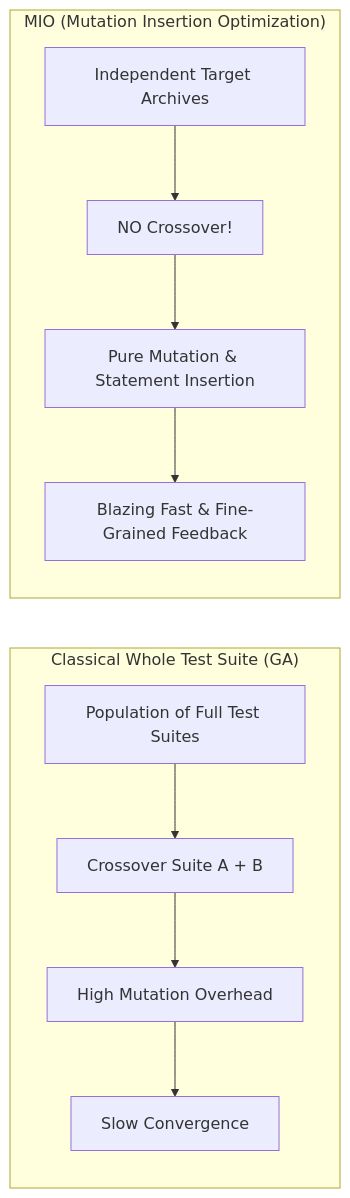
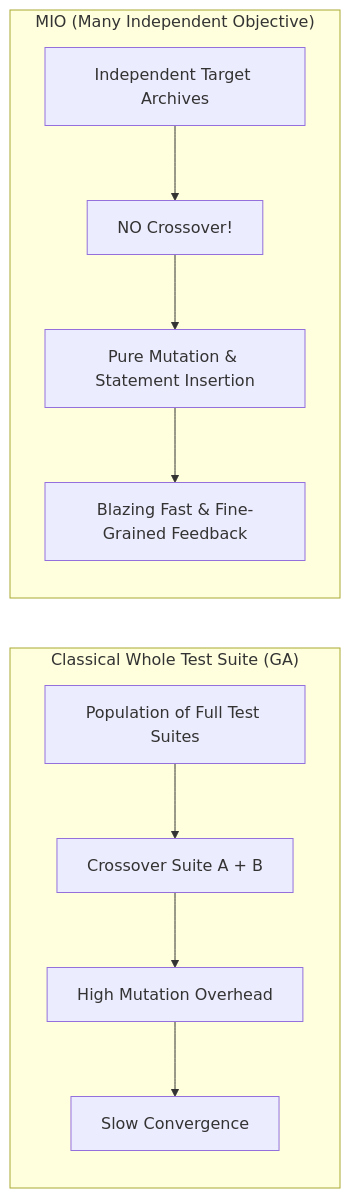
The first of 4 diagrams in MIO_Algorithm/MIO_KNOWLEDGE_BASE.md (Bigzzz0/ProjectSQA), drawn with Mermaid before and after one commit. The commit also changed other lines of this file and 6 other files, not shown here.

Commit message:
docs(mio): correct MIO naming to Many Independent Objective, fix links and methodology notes

````diff
--- a/MIO_Algorithm/MIO_KNOWLEDGE_BASE.md
+++ b/MIO_Algorithm/MIO_KNOWLEDGE_BASE.md
@@ -34,14 +34,14 @@
 ```mermaid
 graph LR
     subgraph Classic_GA["Classical Whole Test Suite (GA)"]
         A1[Population of Full Test Suites] --> B1[Crossover Suite A + B]
         B1 --> C1[High Mutation Overhead]
         C1 --> D1[Slow Convergence]
     end
 
-    subgraph MIO_Paradigm["MIO (Mutation Insertion Optimization)"]
+    subgraph MIO_Paradigm["MIO (Many Independent Objective)"]
         A2[Independent Target Archives] --> B2[NO Crossover!]
         B2 --> C2[Pure Mutation & Statement Insertion]
         C2 --> D2[Blazing Fast & Fine-Grained Feedback]
     end
 ```
````
